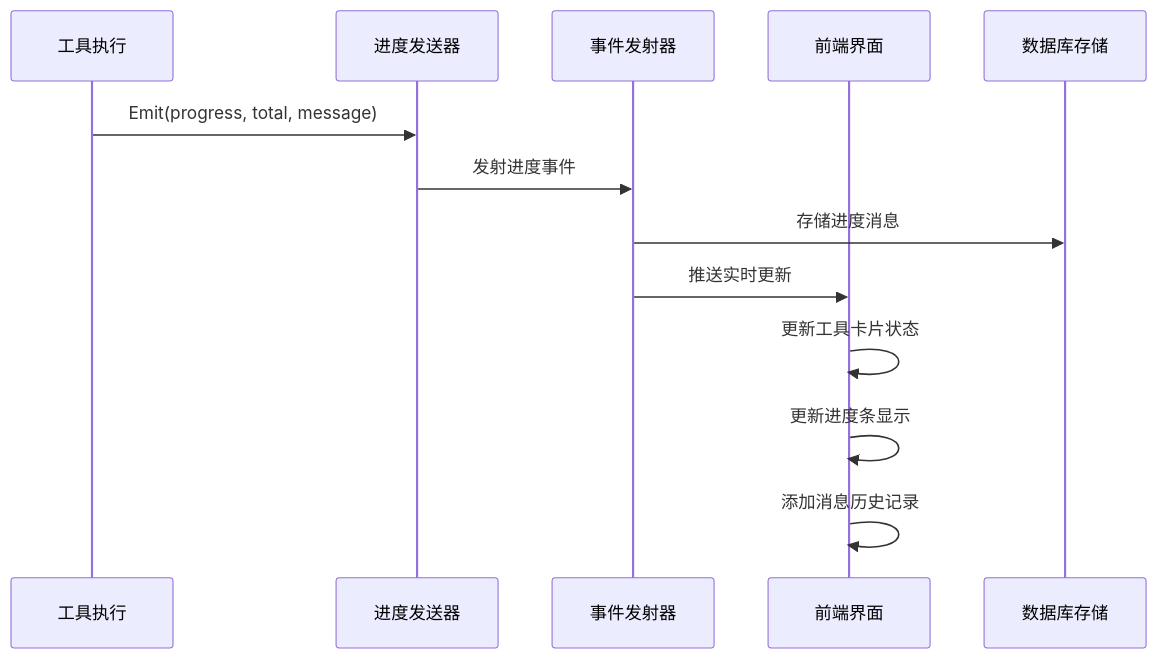
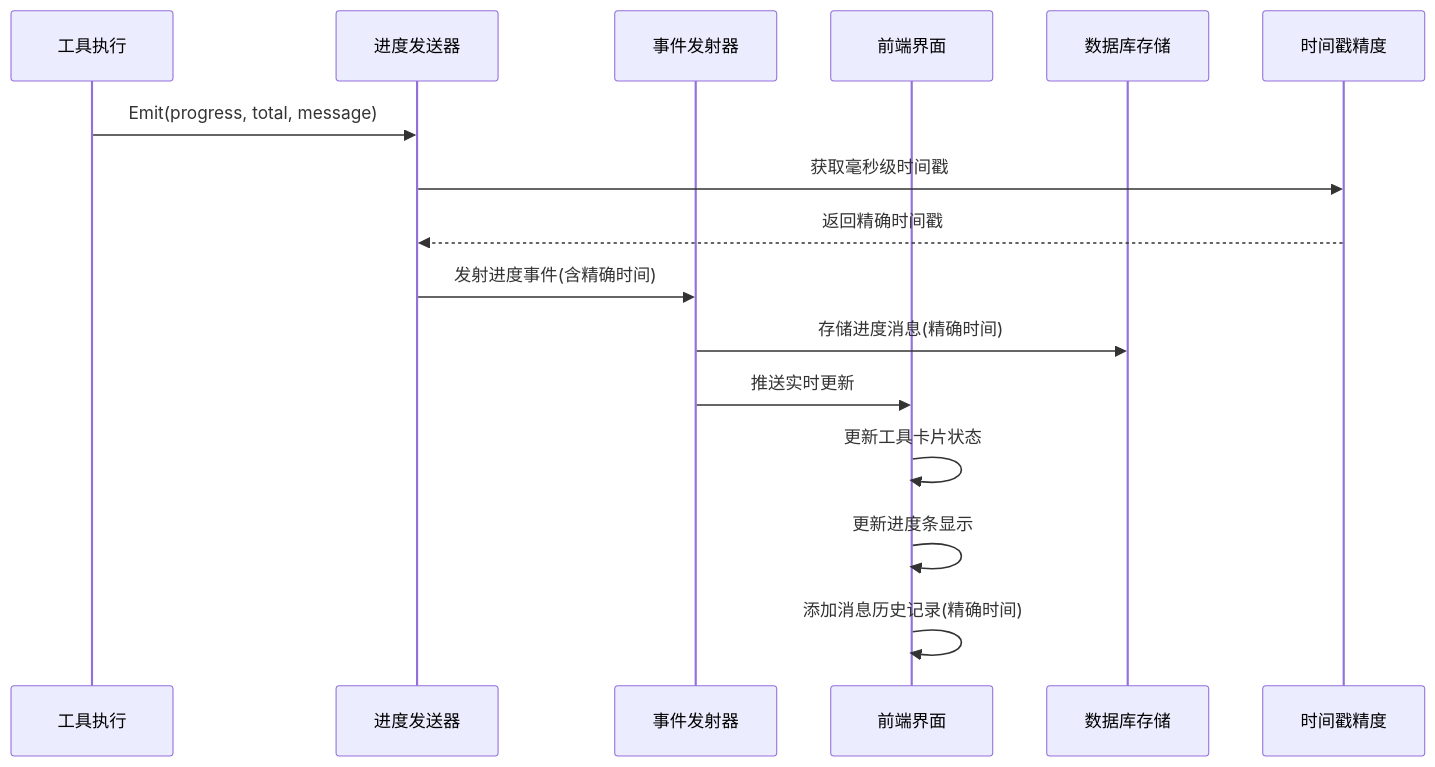
Before and after one commit to maomao94/zero-service: diagram 28 of 30 in .qoder/repowiki/zh/content/AI聊天服务迁移指南.md, drawn with Mermaid. The commit also changed other lines of this file and 59 other files, not shown here.

````diff
--- a/.qoder/repowiki/zh/content/AI聊天服务迁移指南.md
+++ b/.qoder/repowiki/zh/content/AI聊天服务迁移指南.md
@@ -1364,15 +1452,18 @@
 ```mermaid
 sequenceDiagram
 participant Tool as 工具执行
 participant ProgressSender as 进度发送器
 participant EventEmitter as 事件发射器
 participant Frontend as 前端界面
 participant Database as 数据库存储
+participant TimePrecision as 时间戳精度
 Tool->>ProgressSender : Emit(progress, total, message)
-ProgressSender->>EventEmitter : 发射进度事件
-EventEmitter->>Database : 存储进度消息
+ProgressSender->>TimePrecision : 获取毫秒级时间戳
+TimePrecision-->>ProgressSender : 返回精确时间戳
+ProgressSender->>EventEmitter : 发射进度事件(含精确时间)
+EventEmitter->>Database : 存储进度消息(精确时间)
 EventEmitter->>Frontend : 推送实时更新
 Frontend->>Frontend : 更新工具卡片状态
 Frontend->>Frontend : 更新进度条显示
-Frontend->>Frontend : 添加消息历史记录
+Frontend->>Frontend : 添加消息历史记录(精确时间)
 ```
````
